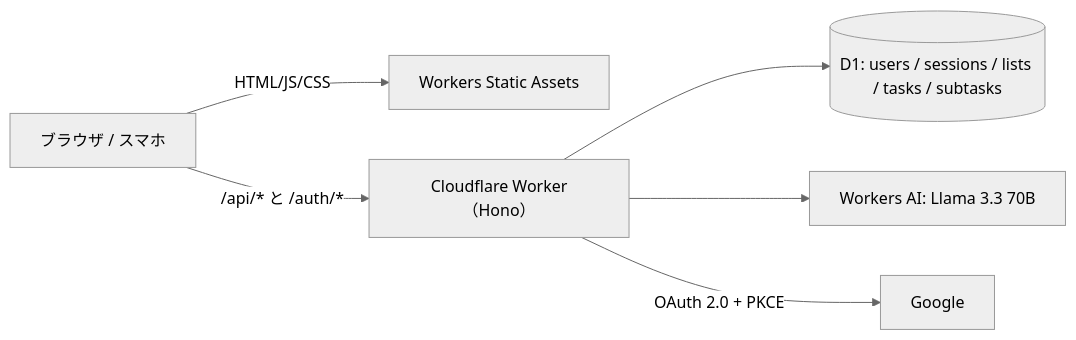
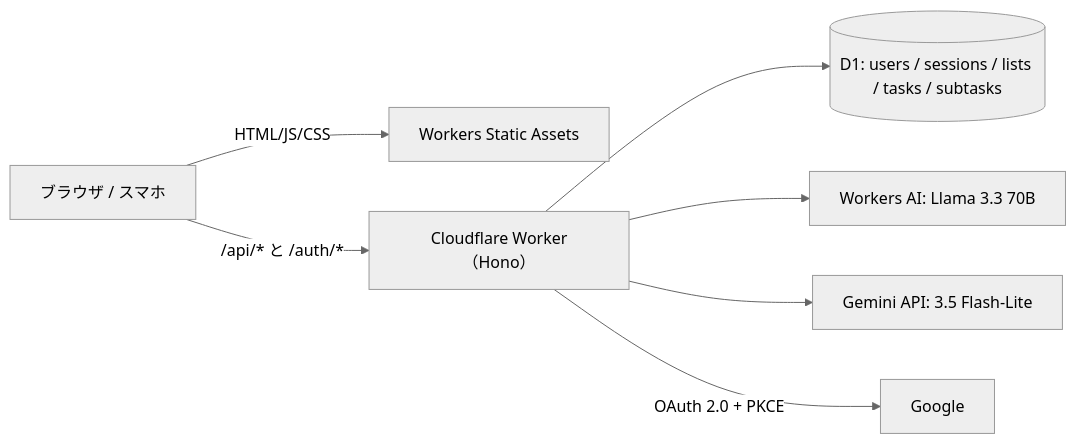
The diagram in README.md (nagisses/glass-tasks), drawn with Mermaid (neutral theme) before and after one commit. The commit also changed other lines of this file and 18 other files, not shown here.

````diff
--- a/README.md
+++ b/README.md
@@ -52,8 +54,9 @@
 ```mermaid
 flowchart LR
   B["ブラウザ / スマホ"] -- "HTML/JS/CSS" --> A["Workers Static Assets"]
   B -- "/api/* と /auth/*" --> W["Cloudflare Worker（Hono）"]
   W --> D[("D1: users / sessions / lists / tasks / subtasks")]
   W --> AI["Workers AI: Llama 3.3 70B"]
+  W --> GM["Gemini API: 3.5 Flash-Lite"]
   W -- "OAuth 2.0 + PKCE" --> G["Google"]
 ```
````
